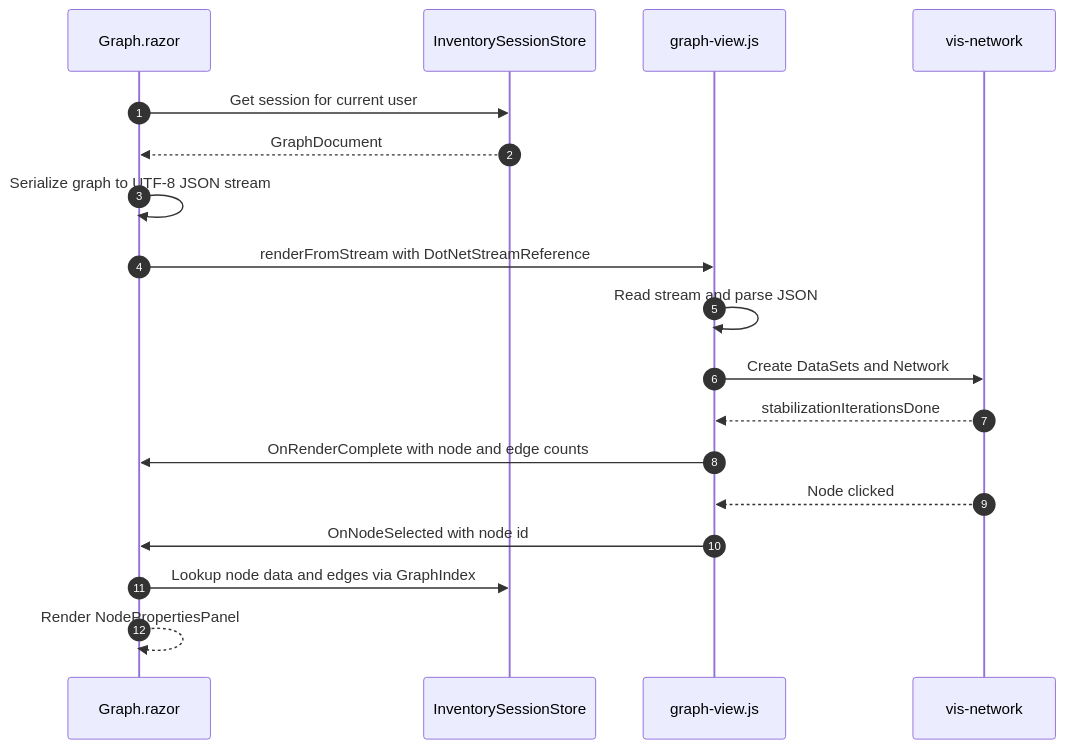
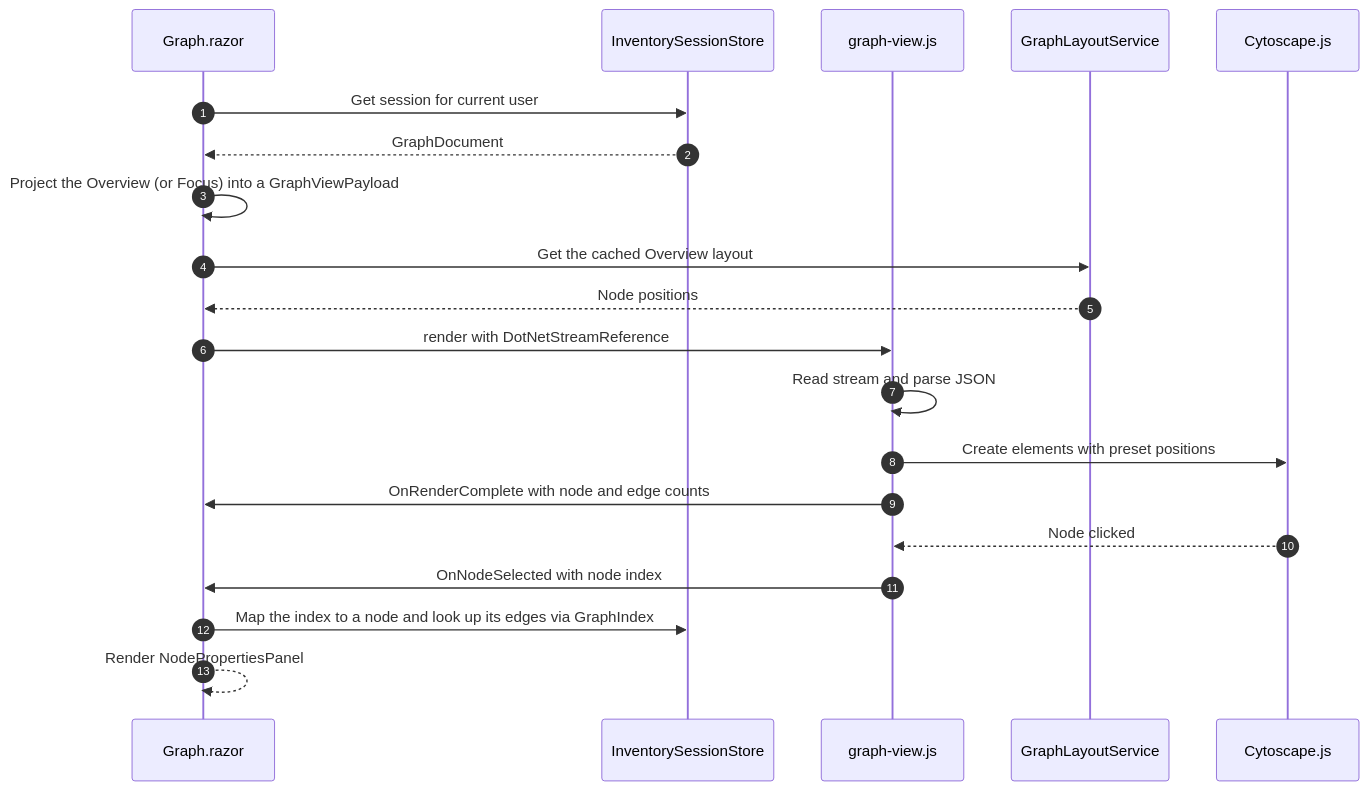
Before and after one commit to ADefWebserver/Blazor-Azure-Inventory: the ninth of 12 diagrams in Docs/implementation-plan.md, drawn with Mermaid. The commit also changed other lines of this file and 63 other files, not shown here.

First line of the commit message:
feat(Graph): Cytoscape renderer, focus/expand modes, and declutter panels

````diff
--- a/Docs/implementation-plan.md
+++ b/Docs/implementation-plan.md
@@ -1216,20 +1221,22 @@
 ```mermaid
 sequenceDiagram
     autonumber
     participant P as Graph.razor
     participant S as InventorySessionStore
     participant JS as graph-view.js
-    participant V as vis-network
+    participant L as GraphLayoutService
+    participant V as Cytoscape.js
     P->>S: Get session for current user
     S-->>P: GraphDocument
-    P->>P: Serialize graph to UTF-8 JSON stream
-    P->>JS: renderFromStream with DotNetStreamReference
+    P->>P: Project the Overview (or Focus) into a GraphViewPayload
+    P->>L: Get the cached Overview layout
+    L-->>P: Node positions
+    P->>JS: render with DotNetStreamReference
     JS->>JS: Read stream and parse JSON
-    JS->>V: Create DataSets and Network
-    V-->>JS: stabilizationIterationsDone
+    JS->>V: Create elements with preset positions
     JS->>P: OnRenderComplete with node and edge counts
     V-->>JS: Node clicked
-    JS->>P: OnNodeSelected with node id
-    P->>S: Lookup node data and edges via GraphIndex
+    JS->>P: OnNodeSelected with node index
+    P->>S: Map the index to a node and look up its edges via GraphIndex
     P-->>P: Render NodePropertiesPanel
 ```
````
